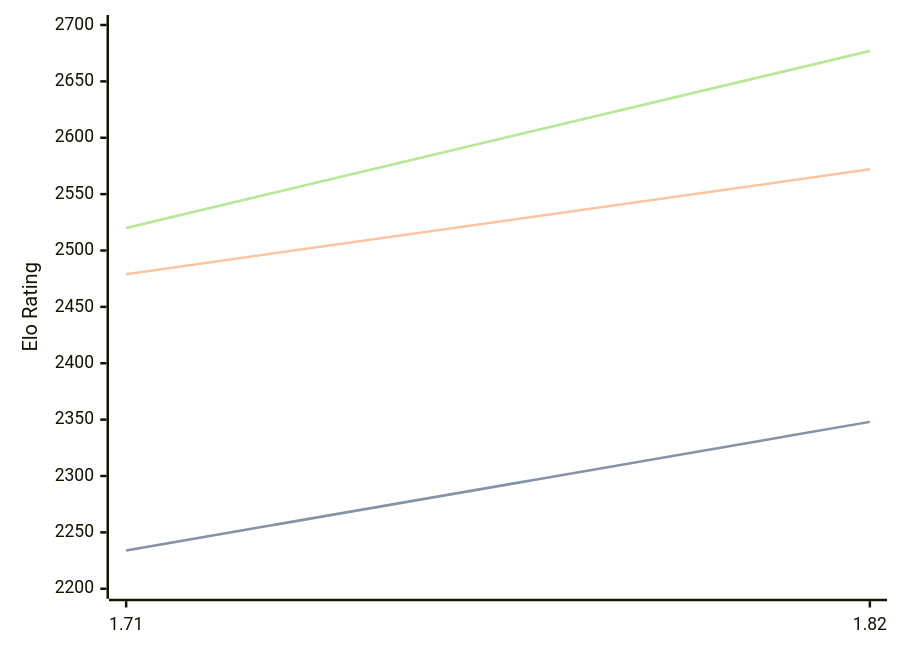
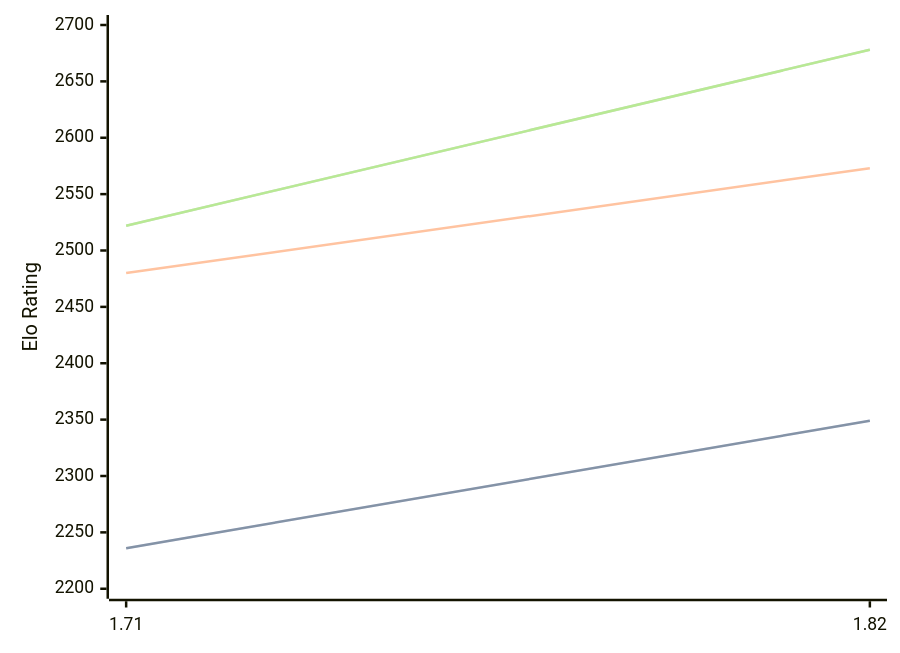
Before and after one commit to computer-chess-index/cci: the diagram in engines/Amira.md, drawn with Mermaid. The commit also changed other lines of this file, not shown here.

Commit message:
Update CCI Ratings (ELO VLTC) - 2026-05-12

````diff
--- a/engines/Amira.md
+++ b/engines/Amira.md
@@ -35,11 +35,11 @@
 ```mermaid
 %%{init: {"theme":"base","themeVariables":{"seriesColors:['#a3a3a3','#222221','#faa371']}}}%%
 xychart-beta
   x-axis ["1.71", "1.82"]
   y-axis "Elo Rating" 2200 --> 2700
-  line "STC (8.0+0.08s)" [2234, 2348]
-  line "STC (8.0+0.08s)" [2234, 2348]
-  line "LTC (60.0+0.60s)" [2479, 2572]
-  line "VLTC (2m24s+1.12s)" [2520, 2677]
-  line "VLTC (2m24s+1.12s)" [2520, 2677]
+  line "STC (8.0+0.08s)" [2236, 2349]
+  line "STC (8.0+0.08s)" [2236, 2349]
+  line "LTC (60.0+0.60s)" [2480, 2573]
+  line "VLTC (2m24s+1.12s)" [2522, 2678]
+  line "VLTC (2m24s+1.12s)" [2522, 2678]
 ```
````
